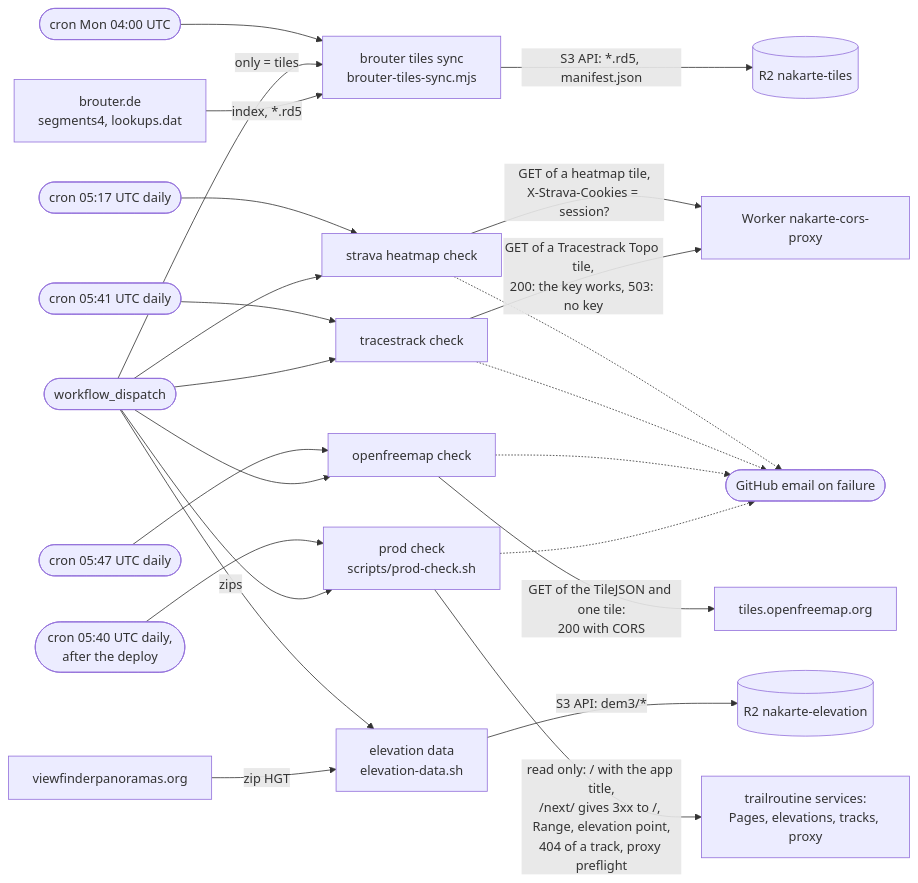
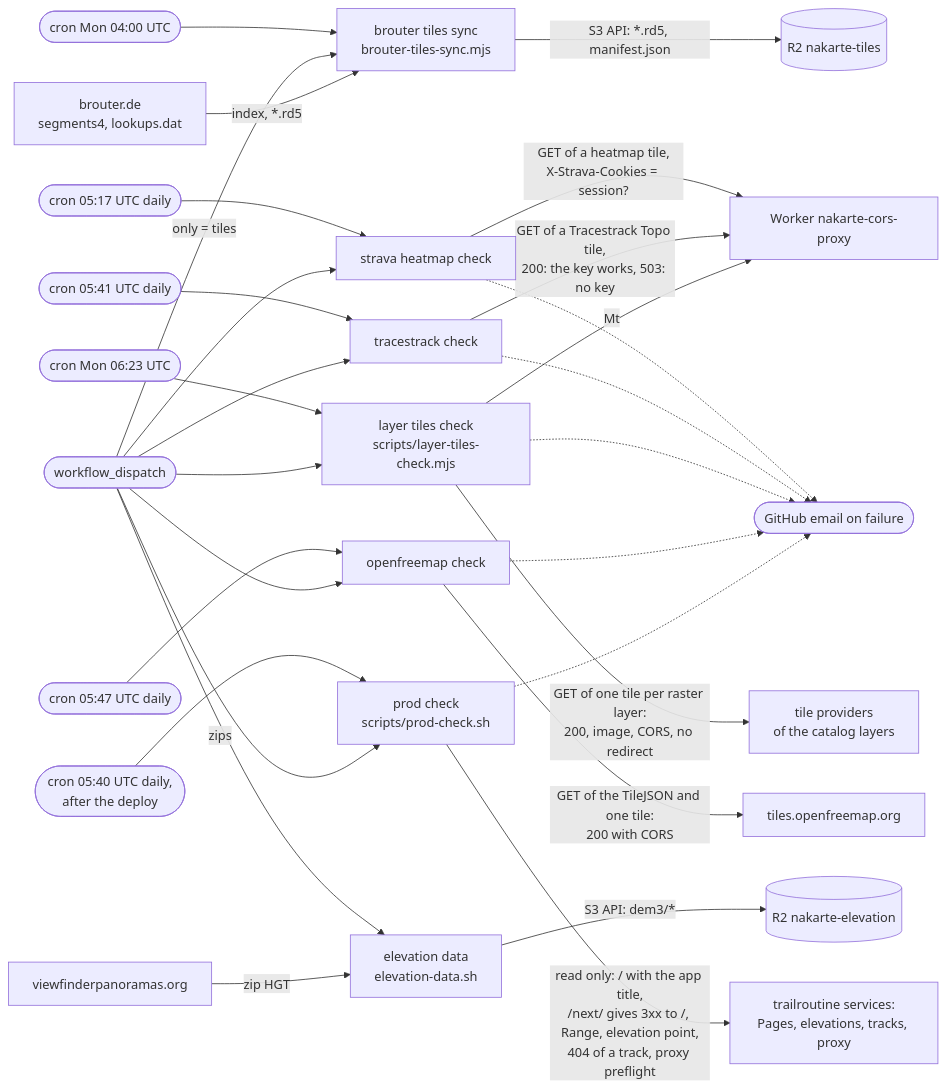
One commit to sergeycw/trailroutine changed the second of 2 diagrams in docs/architecture/ci-cd.md. Above: the diagram before and after it, drawn with Mermaid. The commit also changed other lines of this file and 4 other files, not shown here.

First line of the commit message:
check one tile of each map layer once a week (#217)

````diff
--- a/docs/architecture/ci-cd.md
+++ b/docs/architecture/ci-cd.md
@@ -71,49 +71,57 @@
 ```mermaid
 flowchart LR
     cron2(["cron Mon 04:00 UTC"])
     cron3(["cron 05:17 UTC daily"])
     cron5(["cron 05:41 UTC daily"])
+    cron7(["cron Mon 06:23 UTC"])
     cron6(["cron 05:47 UTC daily"])
     manual(["workflow_dispatch"])
 
     sync["brouter tiles sync<br/>brouter-tiles-sync.mjs"]
     edata["elevation data<br/>elevation-data.sh"]
     scheck["strava heatmap check"]
     tcheck["tracestrack check"]
+    lcheck["layer tiles check<br/>scripts/layer-tiles-check.mjs"]
+    providers["tile providers<br/>of the catalog layers"]
     ocheck["openfreemap check"]
     pcheck["prod check<br/>scripts/prod-check.sh"]
     cron4(["cron 05:40 UTC daily,<br/>after the deploy"])
     own["trailroutine services:<br/>Pages, elevations, tracks, proxy"]
 
     brouterde["brouter.de<br/>segments4, lookups.dat"]
     vfp["viewfinderpanoramas.org"]
     r2tiles[("R2 nakarte-tiles")]
     r2elev[("R2 nakarte-elevation")]
     proxy["Worker nakarte-cors-proxy"]
     ofm["tiles.openfreemap.org"]
     mail(["GitHub email on failure"])
 
     cron2 --> sync
     manual -->|"only = tiles"| sync
     manual -->|"zips"| edata
     cron3 --> scheck
     manual --> scheck
     brouterde -->|"index, *.rd5"| sync
     sync -->|"S3 API: *.rd5, manifest.json"| r2tiles
     vfp -->|"zip HGT"| edata
     edata -->|"S3 API: dem3/*"| r2elev
     scheck -->|"GET of a heatmap tile,<br/>X-Strava-Cookies = session?"| proxy
     scheck -.-> mail
     cron5 --> tcheck
     manual --> tcheck
     tcheck -->|"GET of a Tracestrack Topo tile,<br/>200: the key works, 503: no key"| proxy
     tcheck -.-> mail
+    cron7 --> lcheck
+    manual --> lcheck
+    lcheck -->|"GET of one tile per raster layer:<br/>200, image, CORS, no redirect"| providers
+    lcheck -->|"Mt"| proxy
+    lcheck -.-> mail
     cron6 --> ocheck
     manual --> ocheck
     ocheck -->|"GET of the TileJSON and one tile:<br/>200 with CORS"| ofm
     ocheck -.-> mail
     cron4 --> pcheck
     manual --> pcheck
     pcheck -->|"read only: / with the app title,<br/>/next/ gives 3xx to /, Range, elevation point,<br/>404 of a track, proxy preflight"| own
     pcheck -.-> mail
 ```
````
